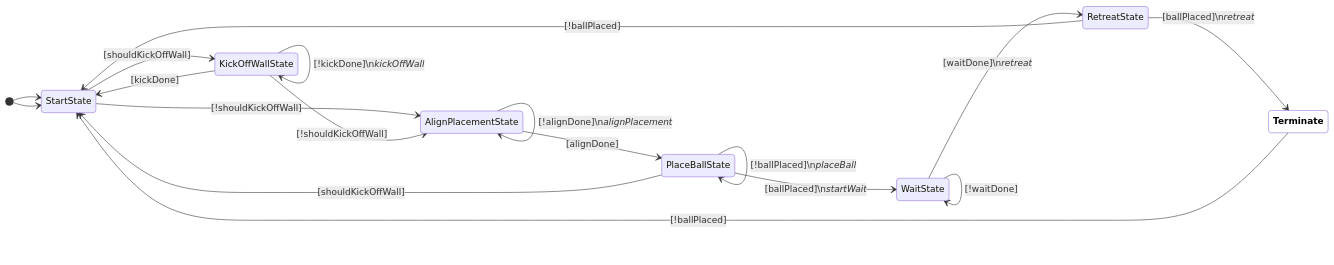
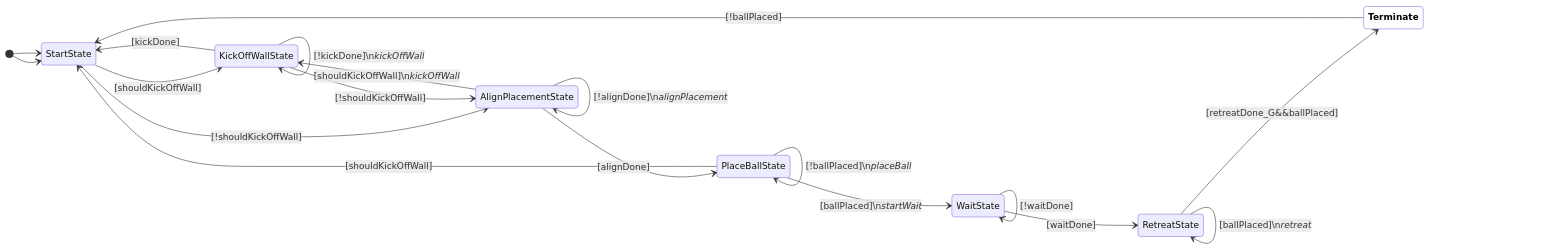
One commit to germchow/Software changed the second of 23 diagrams in docs/fsm-diagrams.md. Above: the diagram before and after it, drawn with Mermaid. The commit also changed other lines of this file, not shown here.

Commit message:
fsm diagram

````diff
--- a/docs/fsm-diagrams.md
+++ b/docs/fsm-diagrams.md
@@ -29,24 +29,26 @@
 ```mermaid
 
 stateDiagram-v2
 classDef terminate fill:white,color:black,font-weight:bold
 direction LR
 [*] --> StartState
 StartState --> KickOffWallState : [shouldKickOffWall]
 [*] --> StartState
 StartState --> AlignPlacementState : [!shouldKickOffWall]
 KickOffWallState --> AlignPlacementState : [!shouldKickOffWall]
 KickOffWallState --> KickOffWallState : [!kickDone]\n<i>kickOffWall</i>
 KickOffWallState --> StartState : [kickDone]
+AlignPlacementState --> KickOffWallState : [shouldKickOffWall]\n<i>kickOffWall</i>
 AlignPlacementState --> AlignPlacementState : [!alignDone]\n<i>alignPlacement</i>
 AlignPlacementState --> PlaceBallState : [alignDone]
 PlaceBallState --> StartState : [shouldKickOffWall]
 PlaceBallState --> PlaceBallState : [!ballPlaced]\n<i>placeBall</i>
 PlaceBallState --> WaitState : [ballPlaced]\n<i>startWait</i>
-WaitState --> RetreatState : [waitDone]\n<i>retreat</i>
 WaitState --> WaitState : [!waitDone]
-RetreatState --> StartState : [!ballPlaced]
-RetreatState --> Terminate:::terminate : [ballPlaced]\n<i>retreat</i>
+WaitState --> RetreatState : [waitDone]
+RetreatState --> Terminate:::terminate : [retreatDone_G&&ballPlaced]
+RetreatState --> RetreatState : [!ballPlaced]\n<i>placeBall</i>
+RetreatState --> RetreatState : [ballPlaced]\n<i>retreat</i>
 Terminate:::terminate --> StartState : [!ballPlaced]
 
 ```
````
